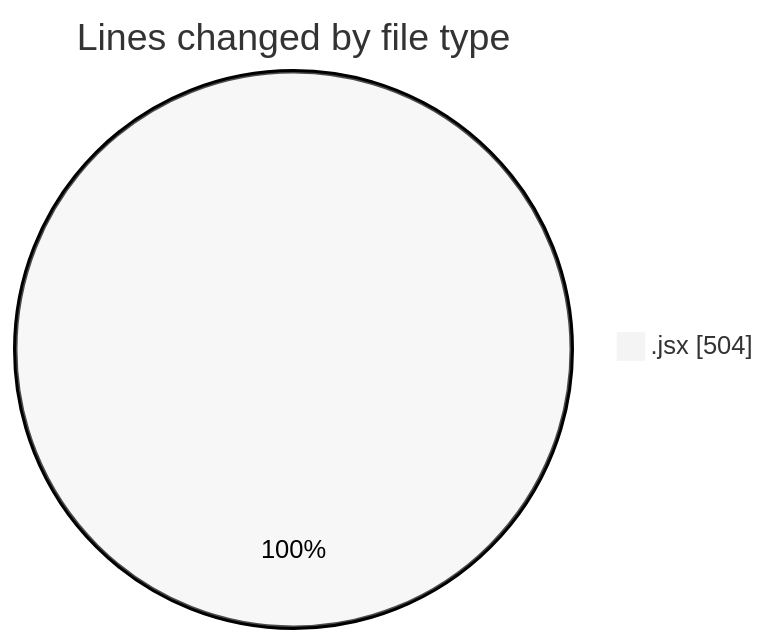
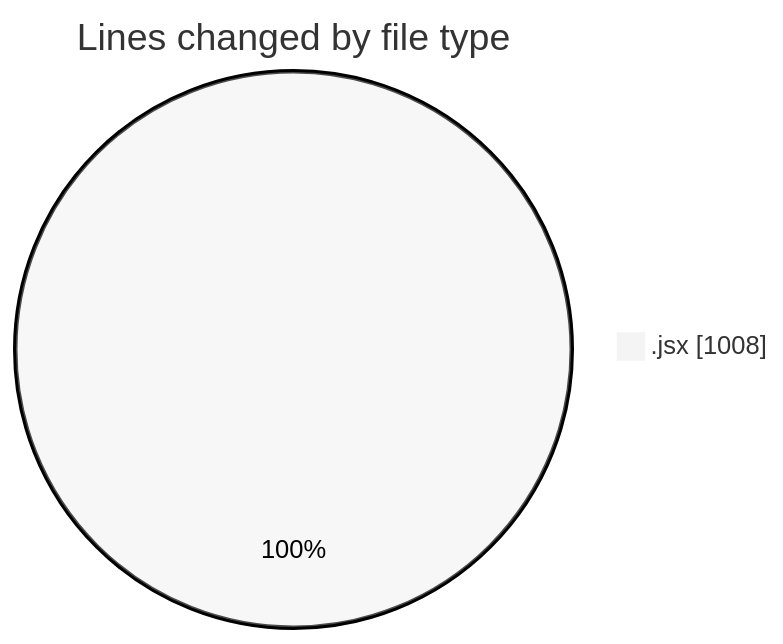
The first of 2 diagrams in 2025-05-23/expensetracker/README.md (Ritupan-Deka/code-tracking), drawn with Mermaid (neutral theme) before and after one commit. The commit also changed other lines of this file and 1 other file, not shown here.

````diff
--- a/2025-05-23/expensetracker/README.md
+++ b/2025-05-23/expensetracker/README.md
@@ -22,5 +23,5 @@
 ```mermaid
 pie showData
 title Lines changed by file type
-".jsx" : 504
+".jsx" : 1008
 ```
````
